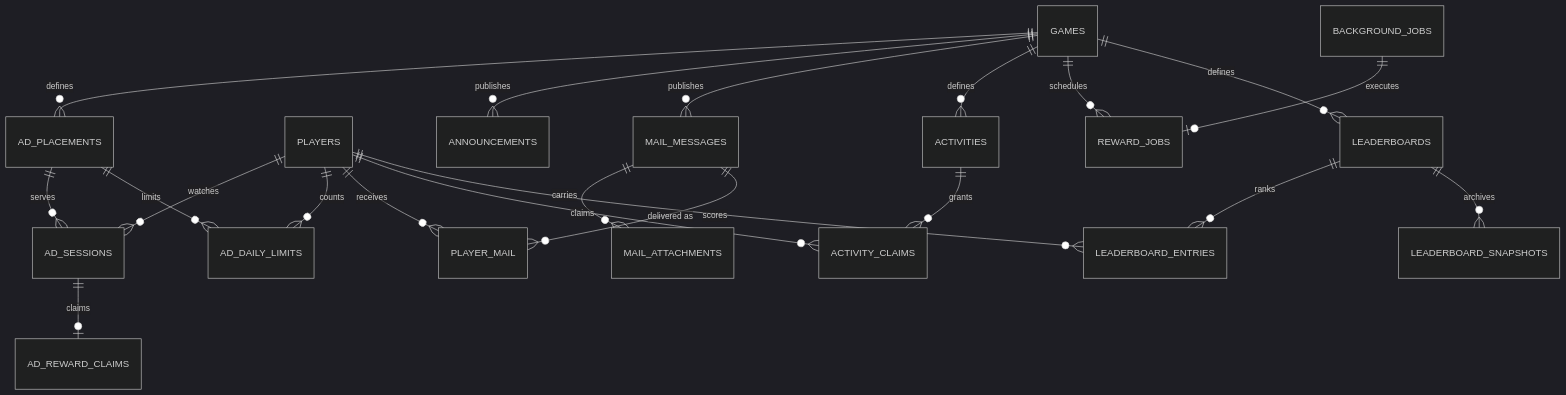
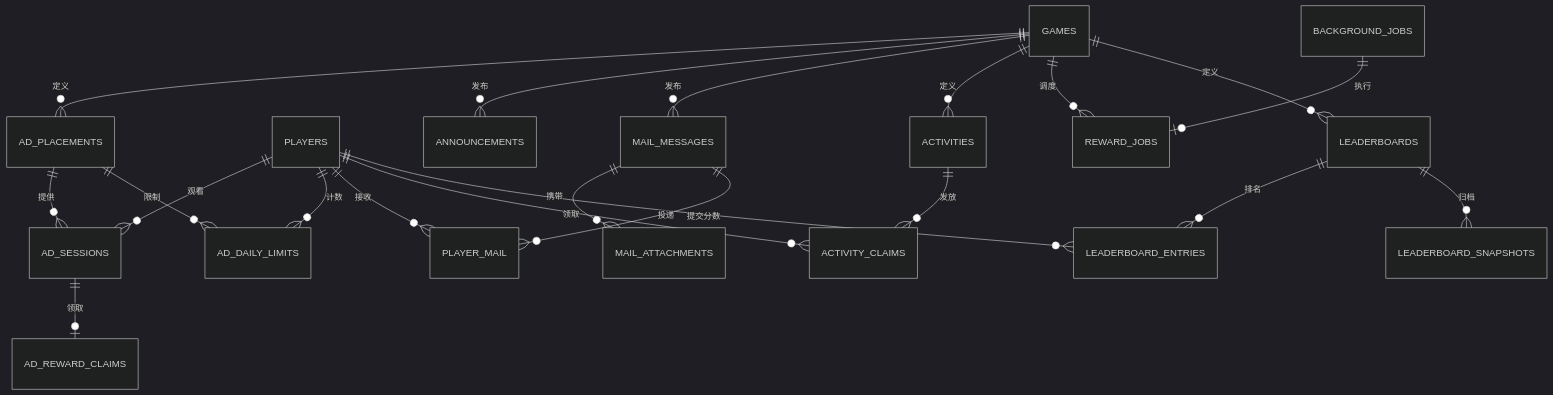
Before and after one commit to Sakuya1998/game-platform: the third of 4 diagrams in docs/database/erd.md, drawn with Mermaid (dark theme). The commit also changed other lines of this file and 35 other files, not shown here.

````diff
--- a/docs/database/erd.md
+++ b/docs/database/erd.md
@@ -65,23 +65,23 @@
 ```mermaid
 erDiagram
-  GAMES ||--o{ AD_PLACEMENTS : defines
-  AD_PLACEMENTS ||--o{ AD_SESSIONS : serves
-  PLAYERS ||--o{ AD_SESSIONS : watches
-  AD_SESSIONS ||--o| AD_REWARD_CLAIMS : claims
-  AD_PLACEMENTS ||--o{ AD_DAILY_LIMITS : limits
-  PLAYERS ||--o{ AD_DAILY_LIMITS : counts
-  GAMES ||--o{ ANNOUNCEMENTS : publishes
-  GAMES ||--o{ MAIL_MESSAGES : publishes
-  MAIL_MESSAGES ||--o{ MAIL_ATTACHMENTS : carries
-  MAIL_MESSAGES ||--o{ PLAYER_MAIL : "delivered as"
-  PLAYERS ||--o{ PLAYER_MAIL : receives
-  GAMES ||--o{ ACTIVITIES : defines
-  ACTIVITIES ||--o{ ACTIVITY_CLAIMS : grants
-  PLAYERS ||--o{ ACTIVITY_CLAIMS : claims
-  GAMES ||--o{ REWARD_JOBS : schedules
-  BACKGROUND_JOBS ||--o| REWARD_JOBS : executes
-  GAMES ||--o{ LEADERBOARDS : defines
-  LEADERBOARDS ||--o{ LEADERBOARD_ENTRIES : ranks
-  PLAYERS ||--o{ LEADERBOARD_ENTRIES : scores
-  LEADERBOARDS ||--o{ LEADERBOARD_SNAPSHOTS : archives
+  GAMES ||--o{ AD_PLACEMENTS : 定义
+  AD_PLACEMENTS ||--o{ AD_SESSIONS : 提供
+  PLAYERS ||--o{ AD_SESSIONS : 观看
+  AD_SESSIONS ||--o| AD_REWARD_CLAIMS : 领取
+  AD_PLACEMENTS ||--o{ AD_DAILY_LIMITS : 限制
+  PLAYERS ||--o{ AD_DAILY_LIMITS : 计数
+  GAMES ||--o{ ANNOUNCEMENTS : 发布
+  GAMES ||--o{ MAIL_MESSAGES : 发布
+  MAIL_MESSAGES ||--o{ MAIL_ATTACHMENTS : 携带
+  MAIL_MESSAGES ||--o{ PLAYER_MAIL : 投递
+  PLAYERS ||--o{ PLAYER_MAIL : 接收
+  GAMES ||--o{ ACTIVITIES : 定义
+  ACTIVITIES ||--o{ ACTIVITY_CLAIMS : 发放
+  PLAYERS ||--o{ ACTIVITY_CLAIMS : 领取
+  GAMES ||--o{ REWARD_JOBS : 调度
+  BACKGROUND_JOBS ||--o| REWARD_JOBS : 执行
+  GAMES ||--o{ LEADERBOARDS : 定义
+  LEADERBOARDS ||--o{ LEADERBOARD_ENTRIES : 排名
+  PLAYERS ||--o{ LEADERBOARD_ENTRIES : 提交分数
+  LEADERBOARDS ||--o{ LEADERBOARD_SNAPSHOTS : 归档
 ```
````
